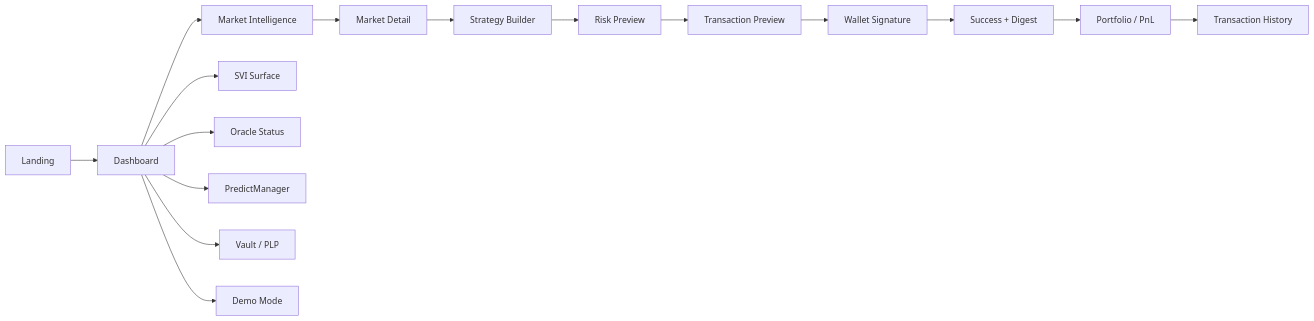
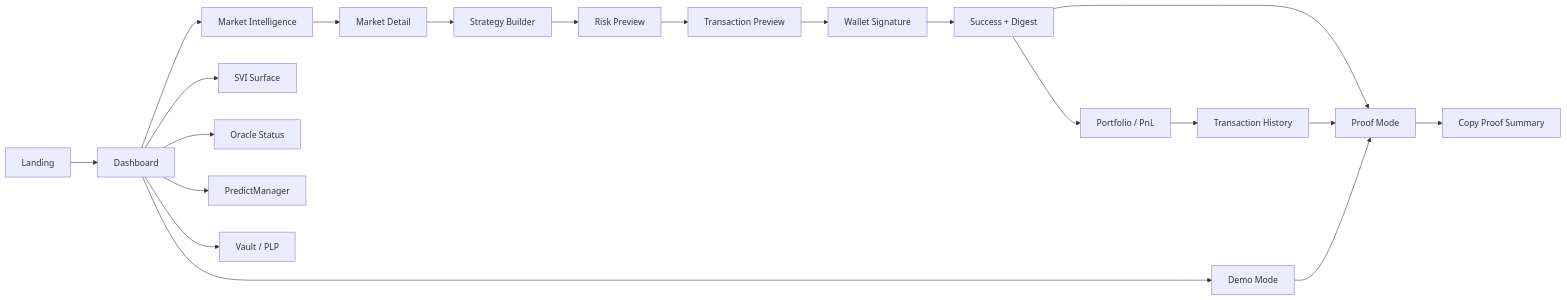
Before and after one commit to rajpatilrobotics/predictpilot: the first of 4 diagrams in docs/WIREFRAMES.md, drawn with Mermaid. The commit also changed other lines of this file and 6 other files, not shown here.

Commit message:
docs: add judge-verifiable feature roadmap

````diff
--- a/docs/WIREFRAMES.md
+++ b/docs/WIREFRAMES.md
@@ -54,19 +54,23 @@
 ```mermaid
 flowchart LR
     A[Landing] --> B[Dashboard]
     B --> C[Market Intelligence]
     C --> D[Market Detail]
     D --> E[Strategy Builder]
     E --> F[Risk Preview]
     F --> G[Transaction Preview]
     G --> H[Wallet Signature]
     H --> I[Success + Digest]
     I --> J[Portfolio / PnL]
 
     B --> K[SVI Surface]
     B --> L[Oracle Status]
     B --> M[PredictManager]
     B --> N[Vault / PLP]
     J --> O[Transaction History]
     B --> P[Demo Mode]
+    I --> Q[Proof Mode]
+    O --> Q
+    P --> Q
+    Q --> R[Copy Proof Summary]
 ```
````
